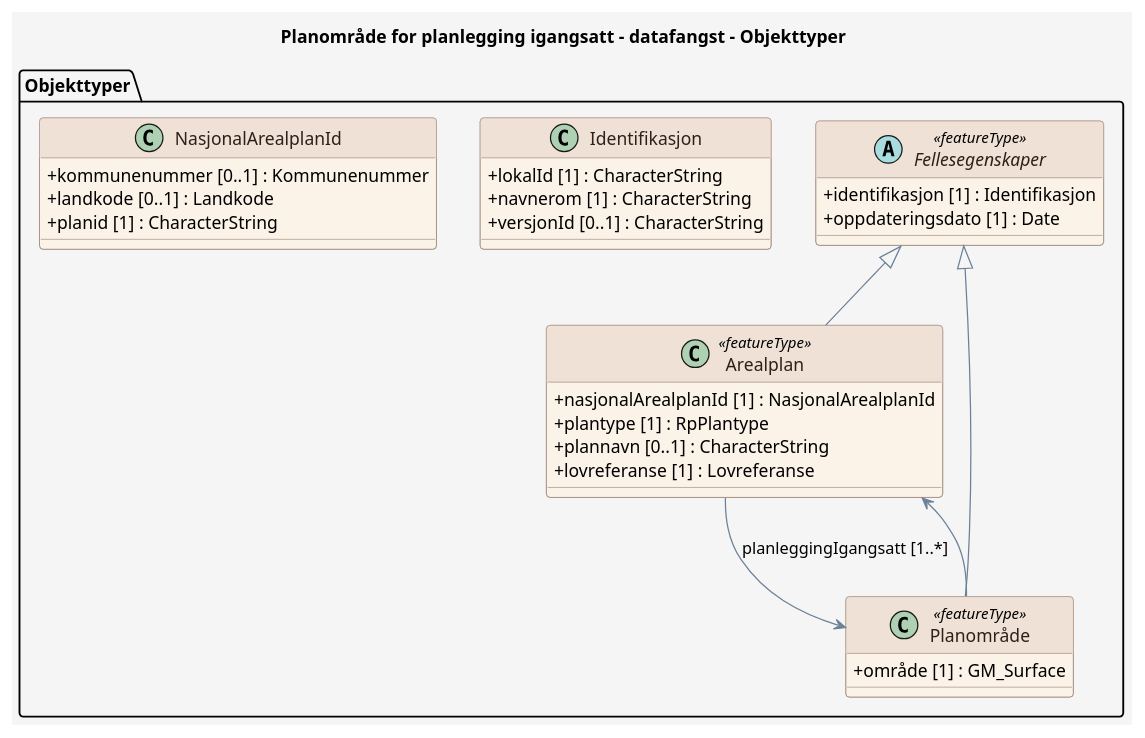
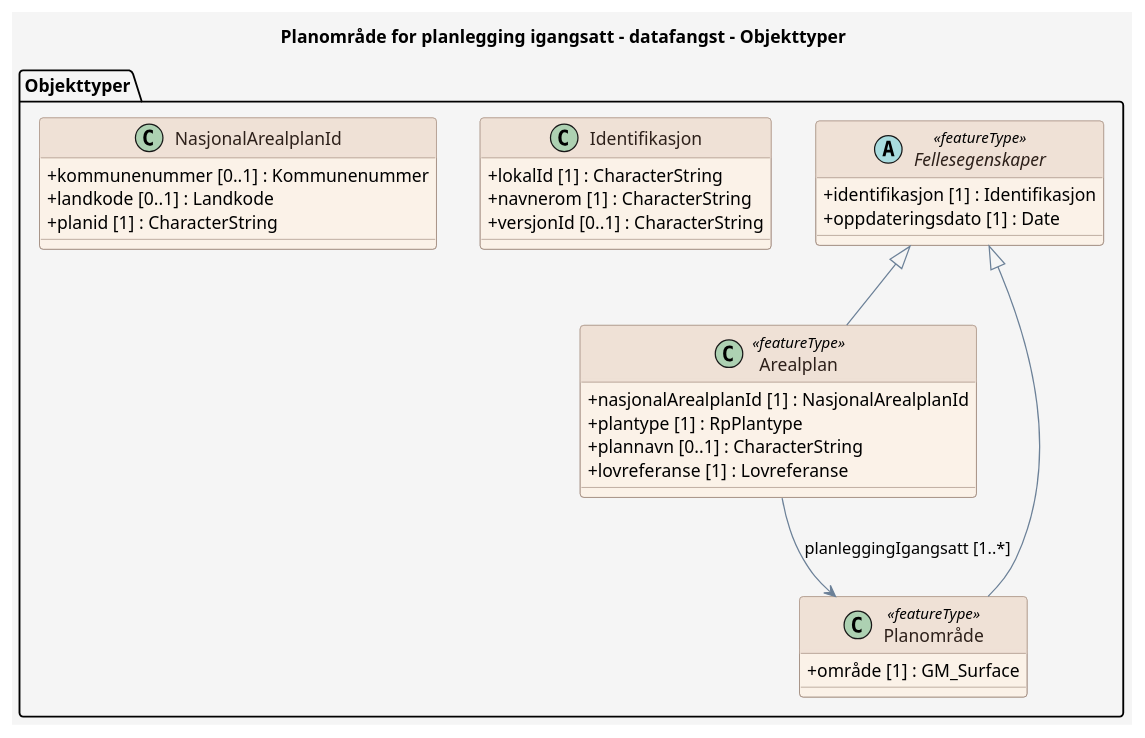
Before and after one commit to Arkitektum/produktspesifikasjon_plandata: the diagram in produktspesifikasjon/planleggingigangsatt/datafangst/datafangst_feature_catalogue.puml, drawn with PlantUML. The commit also changed 4 other files, not shown here.

```diff
--- a/produktspesifikasjon/planleggingigangsatt/datafangst/datafangst_feature_catalogue.puml
+++ b/produktspesifikasjon/planleggingigangsatt/datafangst/datafangst_feature_catalogue.puml
@@ -1,61 +1,60 @@
 @startuml
 title Planområde for planlegging igangsatt - datafangst - Objekttyper
 
 skinparam backgroundColor #F5F5F5
 skinparam shadowing false
 skinparam RoundCorner 6
 skinparam ArrowColor #6C8198
 skinparam class {
   BackgroundColor #FBF2E8
   BorderColor #9C8578
   FontColor #2D201A
   HeaderBackgroundColor #EFE1D6
   HeaderFontColor #2D201A
   AttributeIconSize 0
 }
 skinparam note {
   BackgroundColor #FFFFFF
   BorderColor #6C8198
   FontColor #2D201A
 }
 skinparam stereotypeCBackgroundColor #EAD9CE
 skinparam stereotypeCBorderColor #9C8578
 skinparam stereotypeCFontColor #2D201A
 
 package "Objekttyper" {
 
   abstract class Fellesegenskaper <<featureType>> {
     + identifikasjon [1] : Identifikasjon
     + oppdateringsdato [1] : Date
   }
 
   class Arealplan <<featureType>> {
     + nasjonalArealplanId [1] : NasjonalArealplanId
     + plantype [1] : RpPlantype
     + plannavn [0..1] : CharacterString
     + lovreferanse [1] : Lovreferanse
   }
 
   class "Planområde" as Planomr_de <<featureType>> {
     + område [1] : GM_Surface
   }
 
   class Identifikasjon {
     + lokalId [1] : CharacterString
     + navnerom [1] : CharacterString
     + versjonId [0..1] : CharacterString
   }
 
   class NasjonalArealplanId {
     + kommunenummer [0..1] : Kommunenummer
     + landkode [0..1] : Landkode
     + planid [1] : CharacterString
   }
 }
 
   Fellesegenskaper <|-- Arealplan
   Arealplan --> Planomr_de : planleggingIgangsatt [1..*]
   Fellesegenskaper <|-- Planomr_de
-  Planomr_de --> Arealplan
 
 @enduml
```
